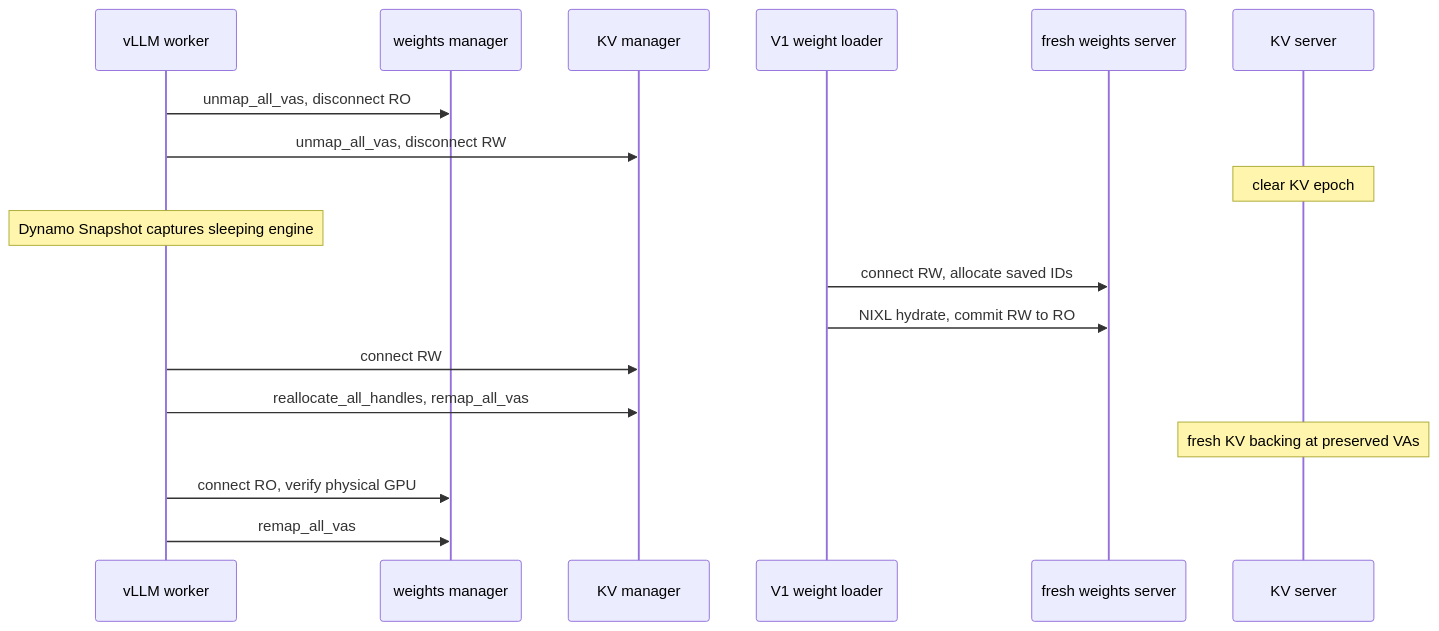
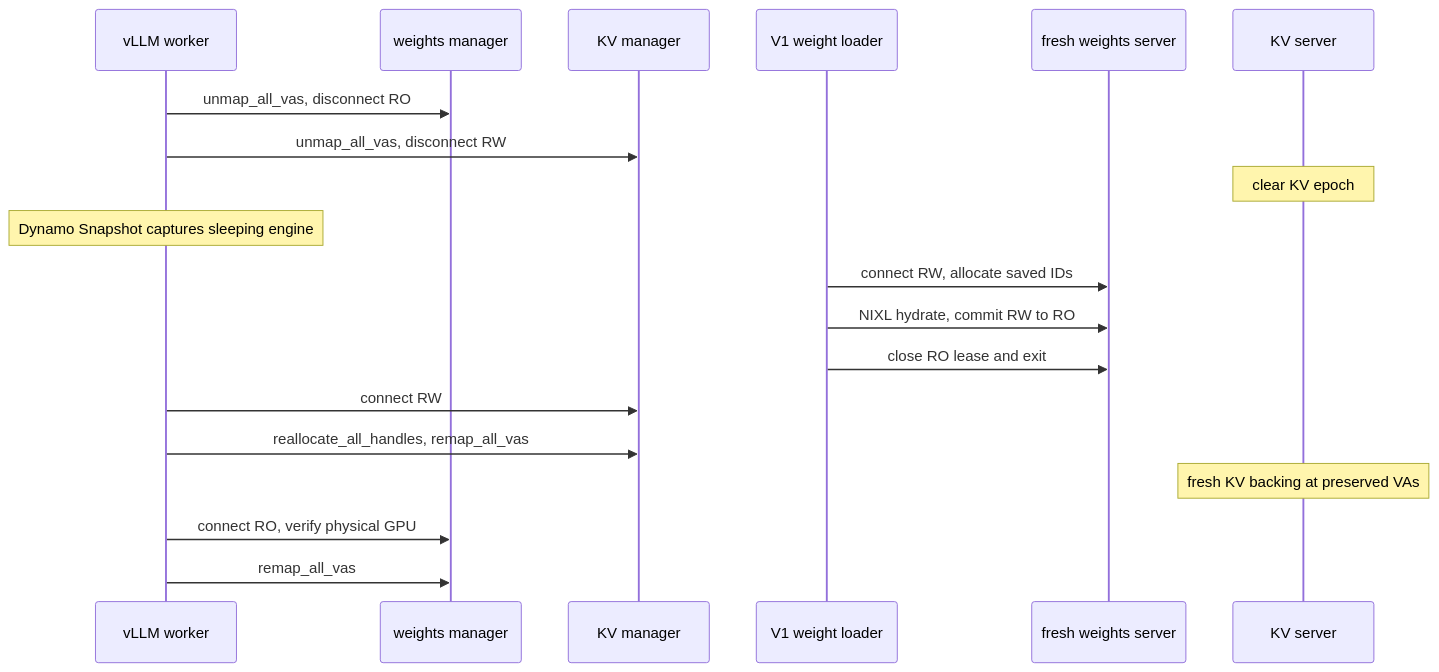
Before and after one commit to ai-dynamo/dynamo: the diagram in lib/gpu_memory_service/v1/README.md, drawn with Mermaid. The commit also changed other lines of this file and 3 other files, not shown here.

````diff
--- a/lib/gpu_memory_service/v1/README.md
+++ b/lib/gpu_memory_service/v1/README.md
@@ -133,22 +134,23 @@
 ```mermaid
 sequenceDiagram
     participant W as vLLM worker
     participant WM as weights manager
     participant KM as KV manager
     participant L as V1 weight loader
     participant WS as fresh weights server
     participant KS as KV server
 
     W->>WM: unmap_all_vas, disconnect RO
     W->>KM: unmap_all_vas, disconnect RW
     Note over KS: clear KV epoch
     Note over W: Dynamo Snapshot captures sleeping engine
 
     L->>WS: connect RW, allocate saved IDs
     L->>WS: NIXL hydrate, commit RW to RO
+    L->>WS: close RO lease and exit
     W->>KM: connect RW
     W->>KM: reallocate_all_handles, remap_all_vas
     Note over KS: fresh KV backing at preserved VAs
     W->>WM: connect RO, verify physical GPU
     W->>WM: remap_all_vas
 ```
````
